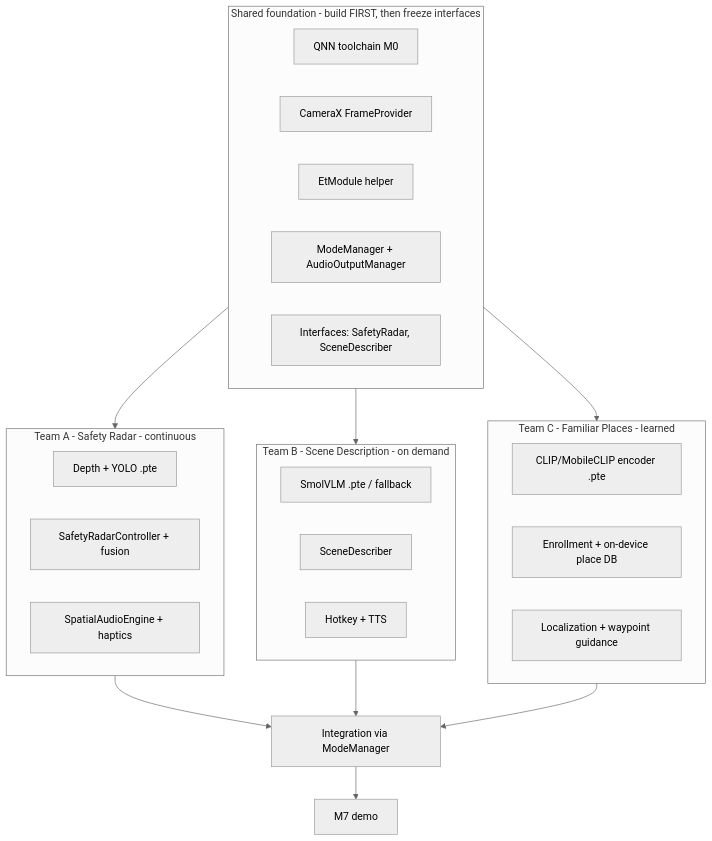
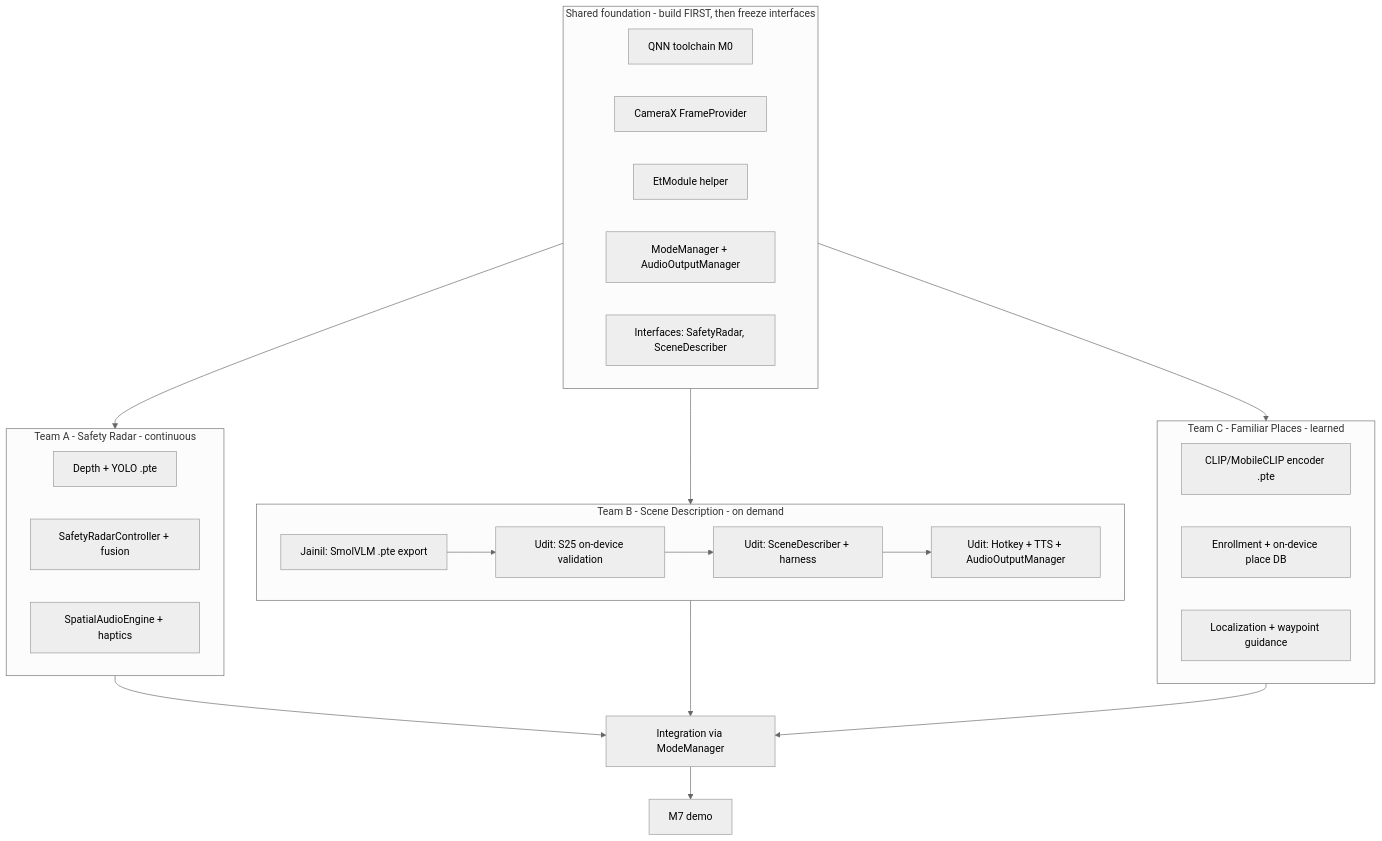
The second of 2 diagrams in .cursor/plans/on-device_blind_navigation_69ca1444.plan.md (mansiguptacs/Cortex), drawn with Mermaid (neutral theme) before and after one commit. The commit also changed other lines of this file, not shown here.

````diff
--- a/.cursor/plans/on-device_blind_navigation_69ca1444.plan.md
+++ b/.cursor/plans/on-device_blind_navigation_69ca1444.plan.md
@@ -151,32 +154,34 @@
 ```mermaid
 flowchart TD
   subgraph shared [Shared foundation - build FIRST, then freeze interfaces]
     tool[QNN toolchain M0]
     cam[CameraX FrameProvider]
     et[EtModule helper]
     mode[ModeManager + AudioOutputManager]
     ifaces[Interfaces: SafetyRadar, SceneDescriber]
   end
   shared --> A
   shared --> B
   shared --> C
   subgraph A [Team A - Safety Radar - continuous]
     a_models[Depth + YOLO .pte]
     a_ctrl[SafetyRadarController + fusion]
     a_audio[SpatialAudioEngine + haptics]
   end
   subgraph B [Team B - Scene Description - on demand]
-    b_model[SmolVLM .pte / fallback]
-    b_desc[SceneDescriber]
-    b_tts[Hotkey + TTS]
+    b_model[Jainil: SmolVLM .pte export]
+    b_validate[Udit: S25 on-device validation]
+    b_desc[Udit: SceneDescriber + harness]
+    b_tts[Udit: Hotkey + TTS + AudioOutputManager]
+    b_model --> b_validate --> b_desc --> b_tts
   end
   subgraph C [Team C - Familiar Places - learned]
     c_model[CLIP/MobileCLIP encoder .pte]
     c_enroll[Enrollment + on-device place DB]
     c_nav[Localization + waypoint guidance]
   end
   A --> int[Integration via ModeManager]
   B --> int
   C --> int
   int --> demo[M7 demo]
 ```
````
